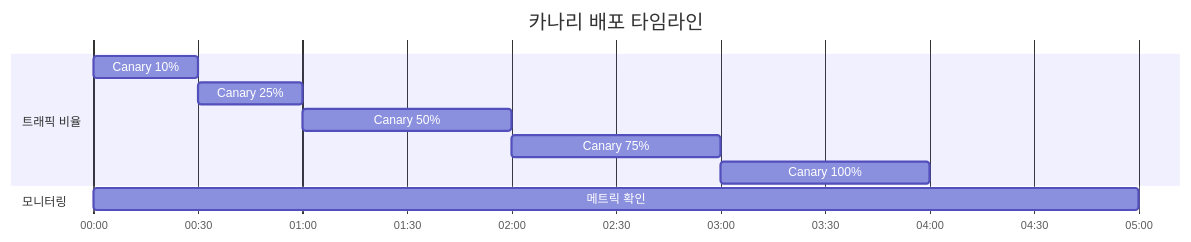
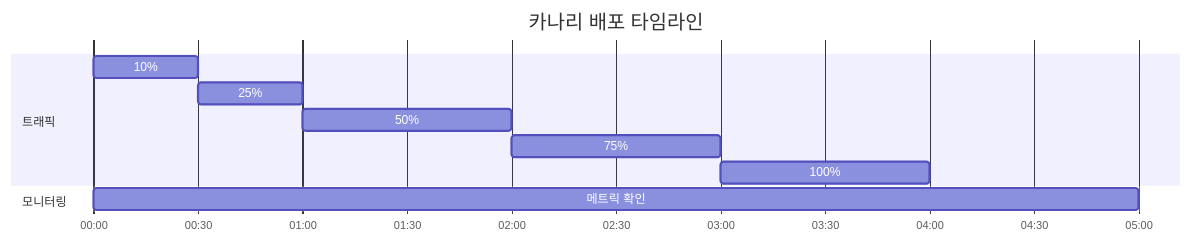
One commit to devfloor9/engineering-playbook changed the third of 4 diagrams in docs/agentic-ai-platform/gateway-agents/inference-gateway-routing.md. Above: the diagram before and after it, drawn with Mermaid. The commit also changed other lines of this file and 24 other files, not shown here.

````diff
--- a/docs/agentic-ai-platform/gateway-agents/inference-gateway-routing.md
+++ b/docs/agentic-ai-platform/gateway-agents/inference-gateway-routing.md
@@ -664,16 +662,16 @@
 ```mermaid
 gantt
     title 카나리 배포 타임라인
-    dateFormat  HH:mm
+    dateFormat HH:mm
     axisFormat %H:%M
-    
-    section 트래픽 비율
-    Canary 10%     :a1, 00:00, 30m
-    Canary 25%     :a2, after a1, 30m
-    Canary 50%     :a3, after a2, 60m
-    Canary 75%     :a4, after a3, 60m
-    Canary 100%    :a5, after a4, 60m
-    
+
+    section 트래픽
+    10%  :a1, 00:00, 30m
+    25%  :a2, after a1, 30m
+    50%  :a3, after a2, 60m
+    75%  :a4, after a3, 60m
+    100% :a5, after a4, 60m
+
     section 모니터링
-    메트릭 확인    :b1, 00:00, 300m
+    메트릭 확인 :b1, 00:00, 300m
 ```
````
